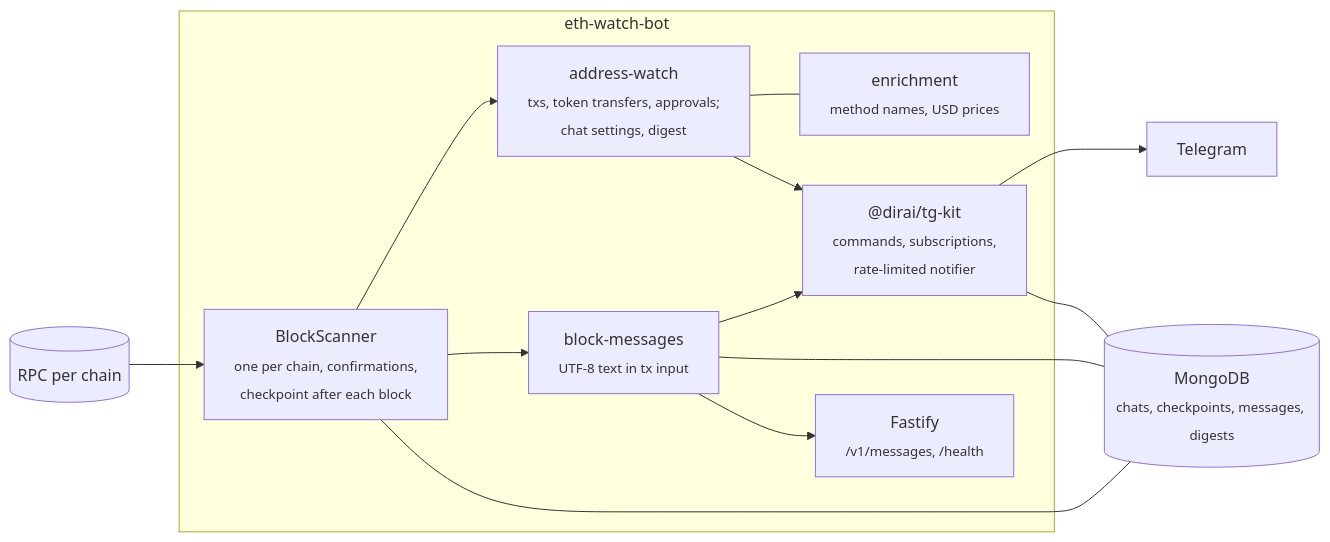
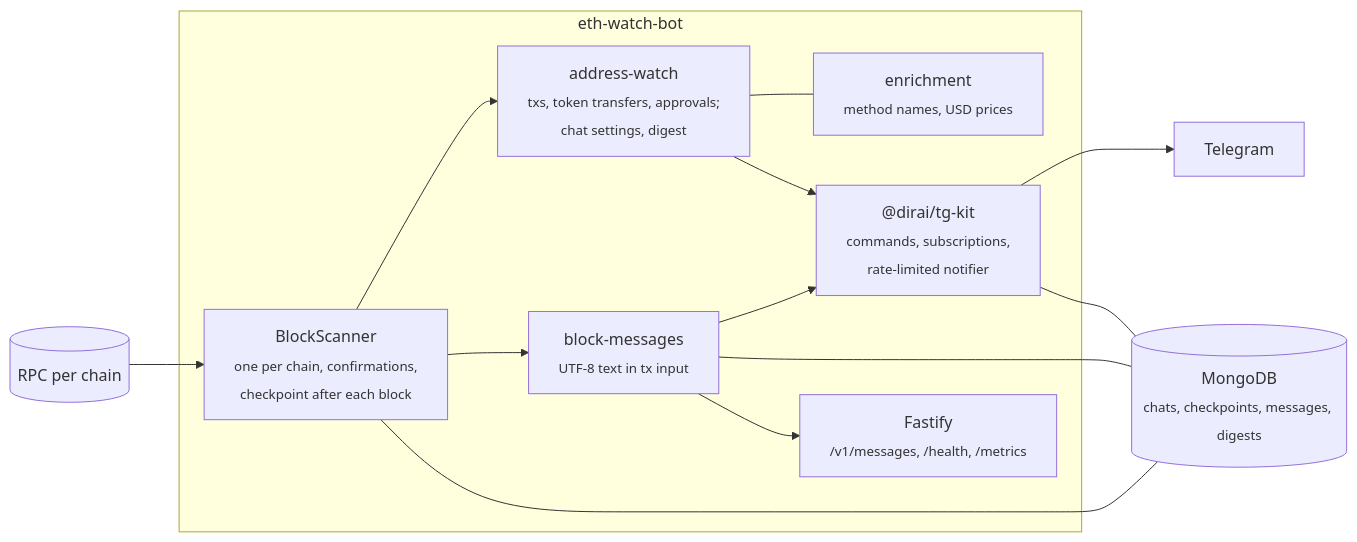
One commit to DiRaiks/eth-watch-bot changed the diagram in README.md. Above: the diagram before and after it, drawn with Mermaid. The commit also changed other lines of this file and 10 other files, not shown here.

First line of the commit message:
feat: add Prometheus metrics and the Telegram state to /health

````diff
--- a/README.md
+++ b/README.md
@@ -60,22 +61,22 @@
 ```mermaid
 flowchart LR
   rpc[("RPC per chain")]
   subgraph bot["eth-watch-bot"]
     scanner["BlockScanner<br/><sub>one per chain, confirmations,<br/>checkpoint after each block</sub>"]
     watch["address-watch<br/><sub>txs, token transfers, approvals;<br/>chat settings, digest</sub>"]
     enrich["enrichment<br/><sub>method names, USD prices</sub>"]
     messages["block-messages<br/><sub>UTF-8 text in tx input</sub>"]
     kit["@dirai/tg-kit<br/><sub>commands, subscriptions,<br/>rate-limited notifier</sub>"]
-    api["Fastify<br/><sub>/v1/messages, /health</sub>"]
+    api["Fastify<br/><sub>/v1/messages, /health, /metrics</sub>"]
   end
   mongo[("MongoDB<br/><sub>chats, checkpoints, messages, digests</sub>")]
   tg["Telegram"]
 
   rpc --> scanner --> watch & messages
   watch --- enrich
   watch & messages --> kit --> tg
   scanner --- mongo
   kit --- mongo
   messages --- mongo
   messages --> api
 ```
````
